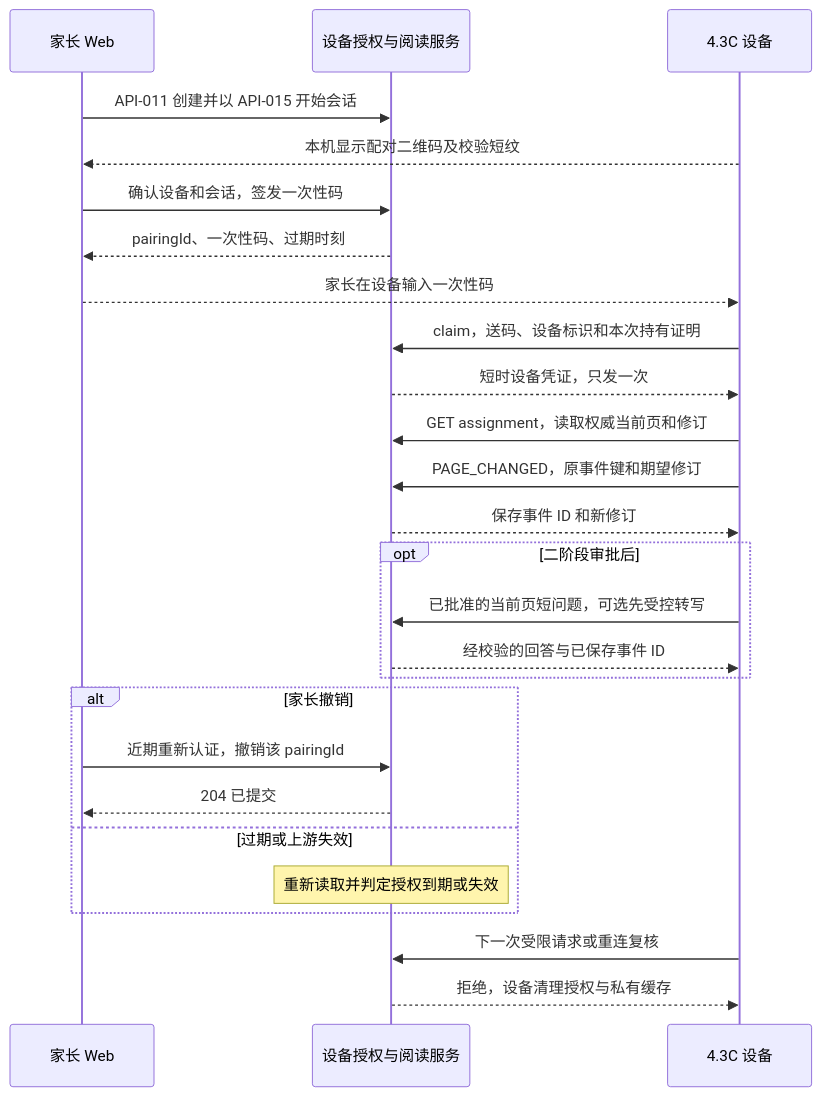
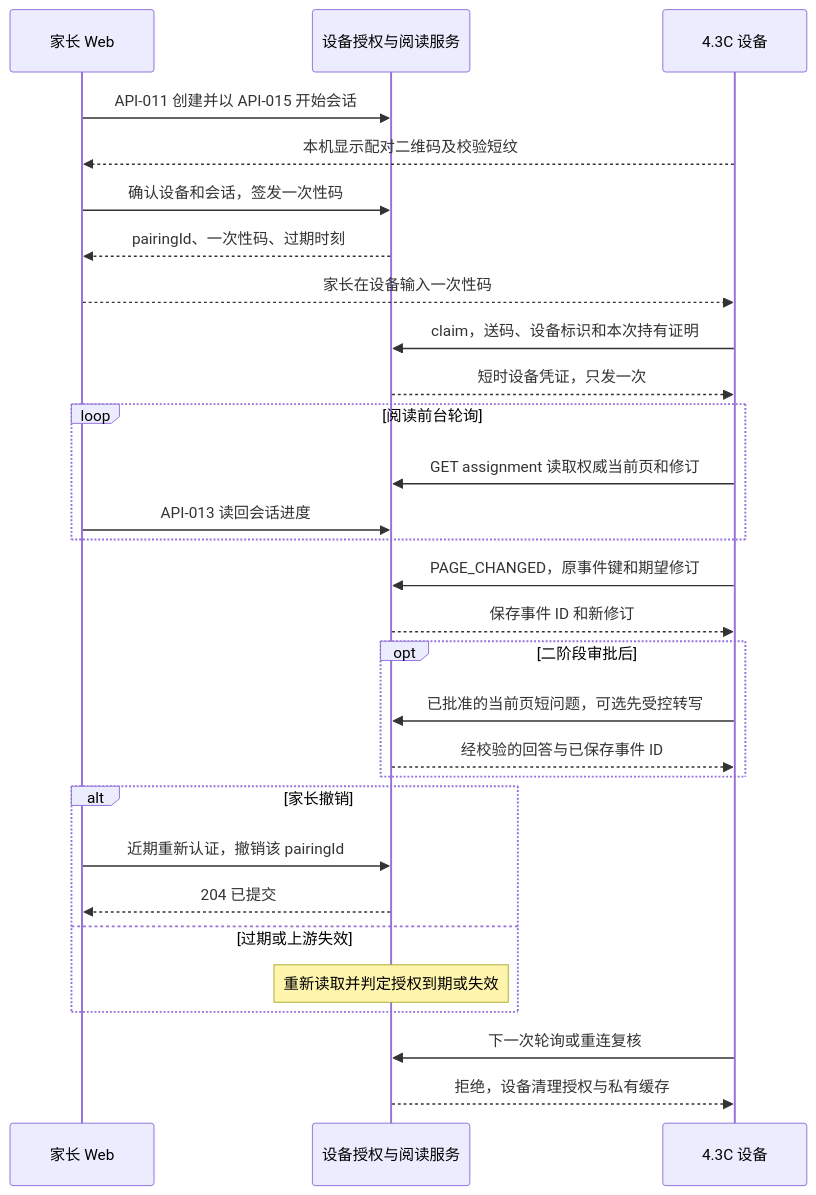
The diagram in docs/design/hardware-api-contract-draft.md (MumLauds/202610-zhiya), drawn with Mermaid before and after one commit. The commit also changed other lines of this file and 5 other files, not shown here.

````diff
--- a/docs/design/hardware-api-contract-draft.md
+++ b/docs/design/hardware-api-contract-draft.md
@@ -51,28 +53,31 @@
 ```mermaid
 sequenceDiagram
     participant W as 家长 Web
     participant S as 设备授权与阅读服务
     participant D as 4.3C 设备
     W->>S: API-011 创建并以 API-015 开始会话
     D-->>W: 本机显示配对二维码及校验短纹
     W->>S: 确认设备和会话，签发一次性码
     S-->>W: pairingId、一次性码、过期时刻
     W-->>D: 家长在设备输入一次性码
     D->>S: claim，送码、设备标识和本次持有证明
     S-->>D: 短时设备凭证，只发一次
-    D->>S: GET assignment，读取权威当前页和修订
+    loop 阅读前台轮询
+        D->>S: GET assignment 读取权威当前页和修订
+        W->>S: API-013 读回会话进度
+    end
     D->>S: PAGE_CHANGED，原事件键和期望修订
     S-->>D: 保存事件 ID 和新修订
     opt 二阶段审批后
         D->>S: 已批准的当前页短问题，可选先受控转写
         S-->>D: 经校验的回答与已保存事件 ID
     end
     alt 家长撤销
         W->>S: 近期重新认证，撤销该 pairingId
         S-->>W: 204 已提交
     else 过期或上游失效
         Note over S: 重新读取并判定授权到期或失效
     end
-    D->>S: 下一次受限请求或重连复核
+    D->>S: 下一次轮询或重连复核
     S-->>D: 拒绝，设备清理授权与私有缓存
 ```
````
